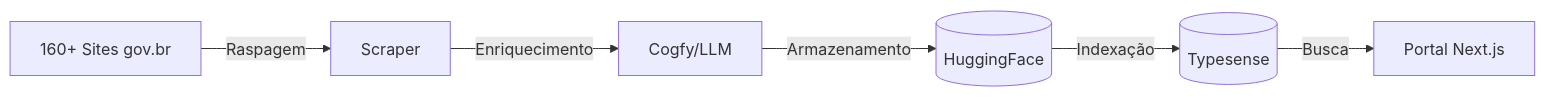
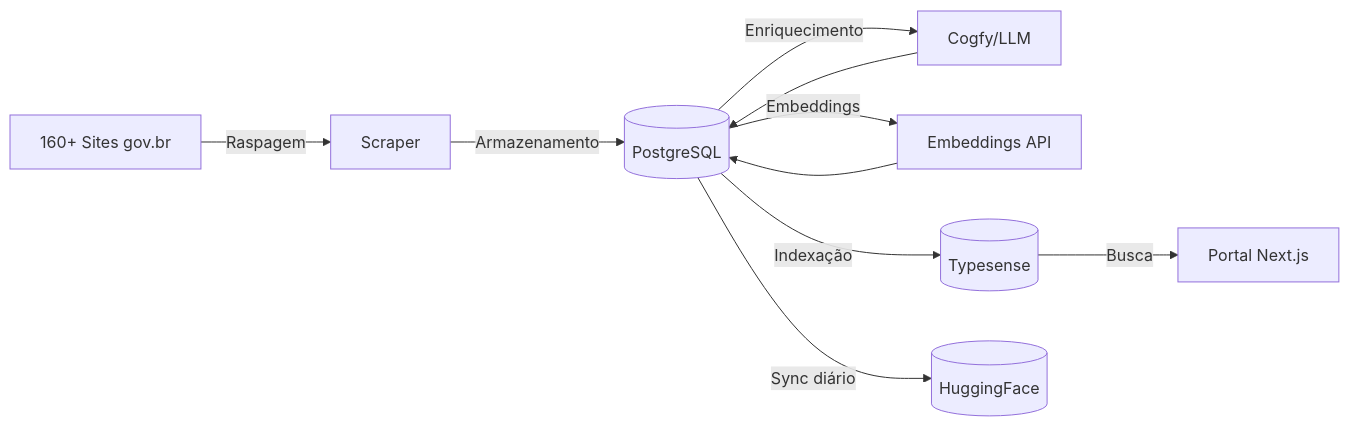
One commit to destaquesgovbr/docs changed the second of 2 diagrams in docs/index.md. Above: the diagram before and after it, drawn with Mermaid. The commit also changed other lines of this file and 8 other files, not shown here.

First line of the commit message:
docs: atualiza arquitetura para PostgreSQL como fonte de verdade

````diff
--- a/docs/index.md
+++ b/docs/index.md
@@ -58,8 +58,12 @@
 ```mermaid
 flowchart LR
     A[160+ Sites gov.br] -->|Raspagem| B[Scraper]
-    B -->|Enriquecimento| C[Cogfy/LLM]
-    C -->|Armazenamento| D[(HuggingFace)]
-    D -->|Indexação| E[(Typesense)]
-    E -->|Busca| F[Portal Next.js]
+    B -->|Armazenamento| C[(PostgreSQL)]
+    C -->|Enriquecimento| D[Cogfy/LLM]
+    D --> C
+    C -->|Embeddings| E[Embeddings API]
+    E --> C
+    C -->|Indexação| F[(Typesense)]
+    F -->|Busca| G[Portal Next.js]
+    C -->|Sync diário| H[(HuggingFace)]
 ```
````
